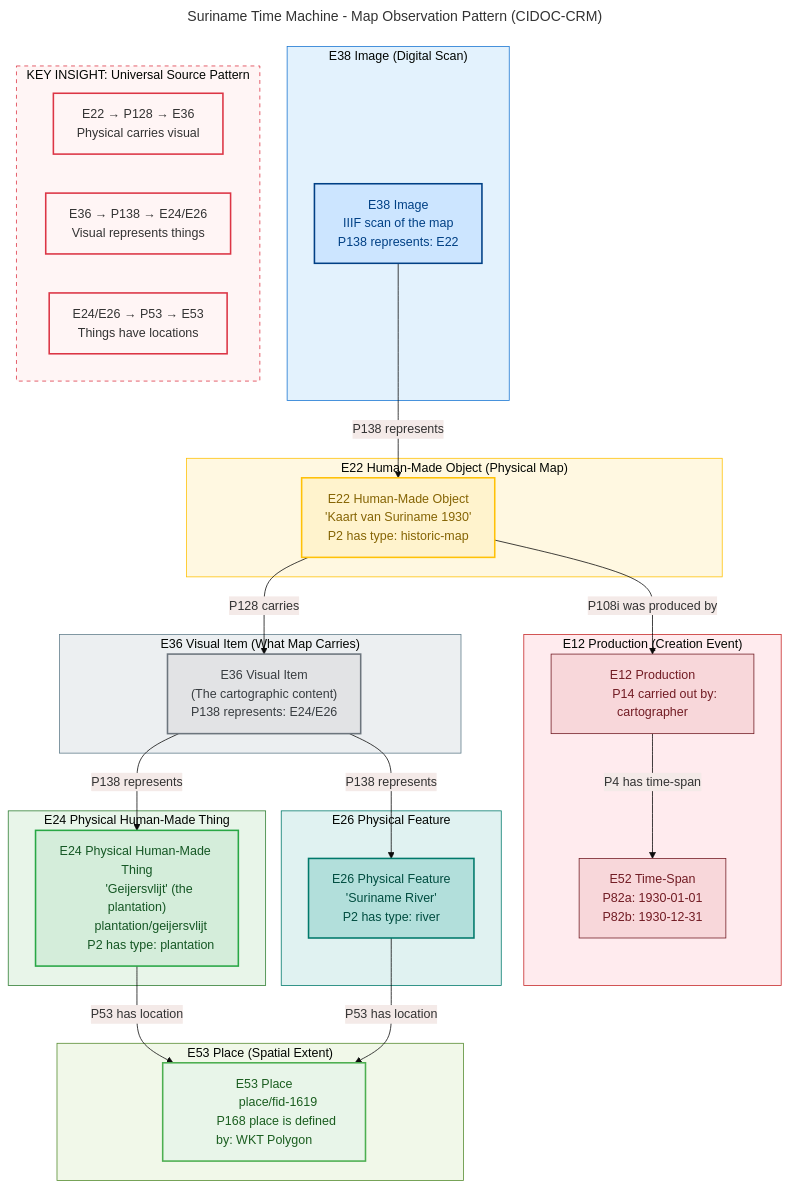
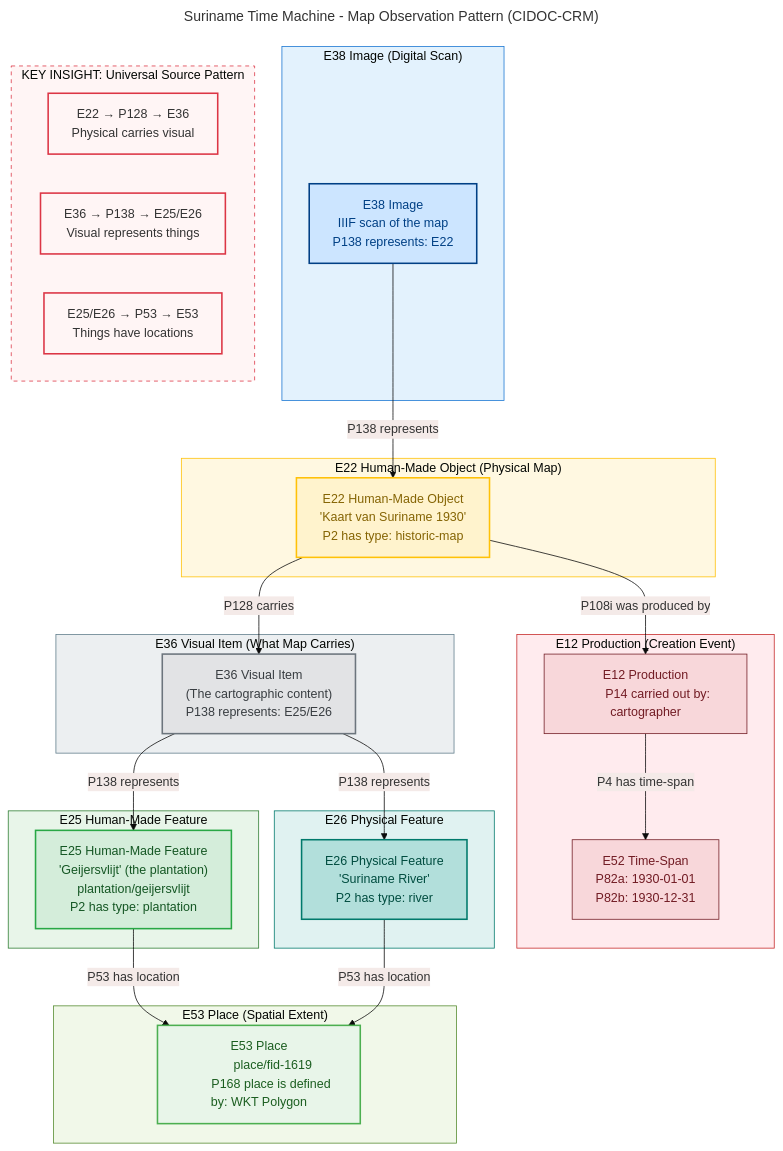
The diagram in docs/models/map-observation-pattern.mmd (jonaschlegel/suriname-database-model), drawn with Mermaid before and after one commit. The commit also changed 41 other files, not shown here.

```diff
--- a/docs/models/map-observation-pattern.mmd
+++ b/docs/models/map-observation-pattern.mmd
@@ -1,97 +1,97 @@
 ---
 title: Suriname Time Machine - Map Observation Pattern (CIDOC-CRM)
 ---
 %%{init: {'theme': 'base', 'themeVariables': { 'primaryColor': '#e8f4ea'}}}%%
 flowchart TB
     subgraph SOURCE_LAYER ["E22 Human-Made Object (Physical Map)"]
         E22["E22 Human-Made Object
         'Kaart van Suriname 1930'
         P2 has type: historic-map"]
     end
 
     subgraph DIGITAL_LAYER ["E38 Image (Digital Scan)"]
         E38["E38 Image
         IIIF scan of the map
         P138 represents: E22"]
     end
 
     subgraph VISUAL_LAYER ["E36 Visual Item (What Map Carries)"]
         E36["E36 Visual Item
         (The cartographic content)
-        P138 represents: E24/E26"]
+        P138 represents: E25/E26"]
     end
 
     subgraph PRODUCTION_LAYER ["E12 Production (Creation Event)"]
         E12["E12 Production
         P14 carried out by: cartographer"]
         E52["E52 Time-Span
         P82a: 1930-01-01
         P82b: 1930-12-31"]
     end
 
-    subgraph THING_LAYER ["E24 Physical Human-Made Thing"]
-        E24["E24 Physical Human-Made Thing
+    subgraph THING_LAYER ["E25 Human-Made Feature"]
+        E25["E25 Human-Made Feature
         'Geijersvlijt' (the plantation)
         plantation/geijersvlijt
         P2 has type: plantation"]
     end
 
     subgraph FEATURE_LAYER ["E26 Physical Feature"]
         E26["E26 Physical Feature
         'Suriname River'
         P2 has type: river"]
     end
 
     subgraph PLACE_LAYER ["E53 Place (Spatial Extent)"]
         E53["E53 Place
         place/fid-1619
         P168 place is defined by: WKT Polygon"]
     end
 
     E22 -->|"P128 carries"| E36
     E38 -->|"P138 represents"| E22
     E22 -->|"P108i was produced by"| E12
     E12 -->|"P4 has time-span"| E52
 
-    E36 -->|"P138 represents"| E24
+    E36 -->|"P138 represents"| E25
     E36 -->|"P138 represents"| E26
 
-    E24 -->|"P53 has location"| E53
+    E25 -->|"P53 has location"| E53
     E26 -->|"P53 has location"| E53
 
     subgraph KEY_INSIGHT ["KEY INSIGHT: Universal Source Pattern"]
         direction LR
         KEY1["E22 → P128 → E36
         Physical carries visual"]
-        KEY2["E36 → P138 → E24/E26
+        KEY2["E36 → P138 → E25/E26
         Visual represents things"]
-        KEY3["E24/E26 → P53 → E53
+        KEY3["E25/E26 → P53 → E53
         Things have locations"]
     end
 
     classDef e22 fill:#fff3cd,stroke:#ffc107,stroke-width:2px,color:#856404
     classDef e38 fill:#cce5ff,stroke:#004085,stroke-width:2px,color:#004085
     classDef e36 fill:#e2e3e5,stroke:#6c757d,stroke-width:2px,color:#383d41
-    classDef e24 fill:#d4edda,stroke:#28a745,stroke-width:2px,color:#155724
+    classDef e25 fill:#d4edda,stroke:#28a745,stroke-width:2px,color:#155724
     classDef e26 fill:#b2dfdb,stroke:#00796b,stroke-width:2px,color:#004d40
     classDef e53 fill:#e8f5e9,stroke:#4caf50,stroke-width:2px,color:#1b5e20
     classDef production fill:#f8d7da,stroke:#721c24,stroke-width:1px,color:#721c24
     classDef insight fill:#fff5f5,stroke:#dc3545,stroke-width:2px
 
     class E22 e22
     class E38 e38
     class E36 e36
-    class E24 e24
+    class E25 e25
     class E26 e26
     class E53 e53
     class E12,E52 production
     class KEY1,KEY2,KEY3 insight
 
     style SOURCE_LAYER fill:#fff8e1,stroke:#ffc107
     style DIGITAL_LAYER fill:#e3f2fd,stroke:#1976d2
     style VISUAL_LAYER fill:#eceff1,stroke:#607d8b
     style PRODUCTION_LAYER fill:#ffebee,stroke:#c62828
     style THING_LAYER fill:#e8f5e9,stroke:#2e7d32
     style FEATURE_LAYER fill:#e0f2f1,stroke:#00796b
     style PLACE_LAYER fill:#f1f8e9,stroke:#558b2f
     style KEY_INSIGHT fill:#fff5f5,stroke:#dc3545,stroke-dasharray: 5 5
```
